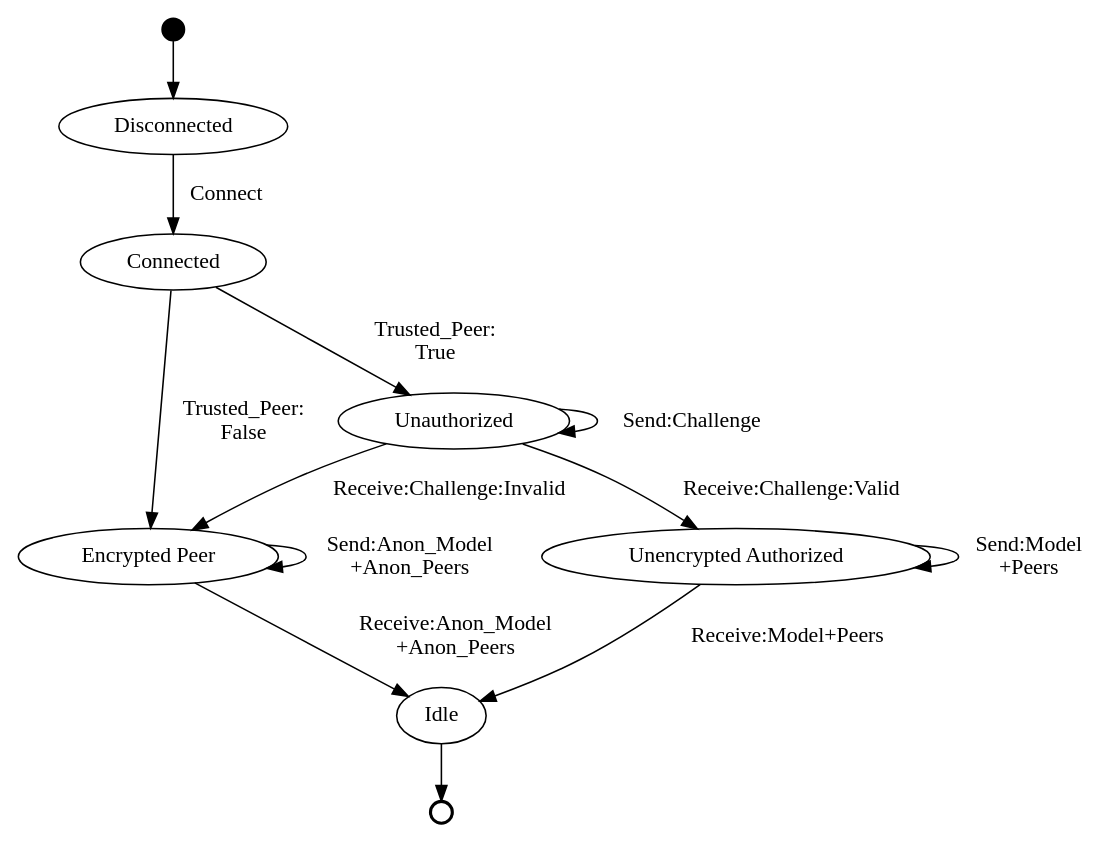
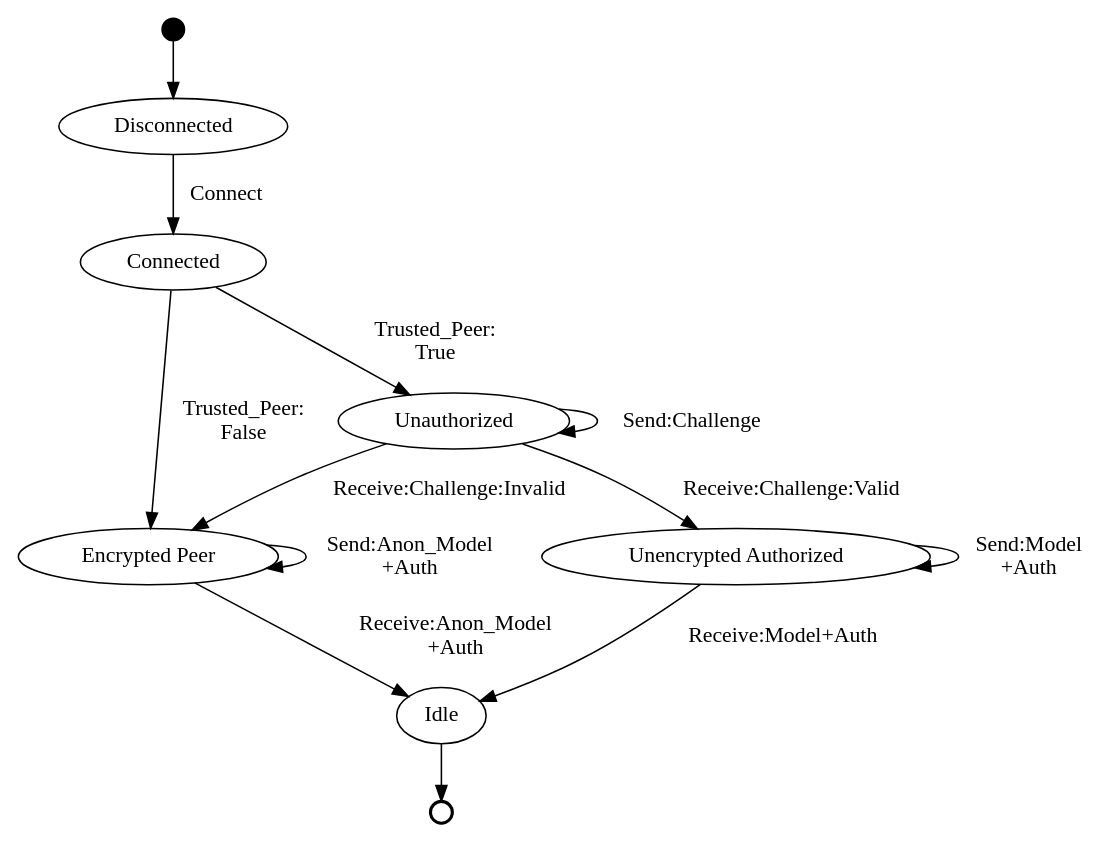
The diagram in graph/sm_peer_communications.dot (xamino/master_thesis), drawn with Graphviz before and after one commit. The commit also changed 1 other file, not shown here.

Commit message:
arch: fixed conn graph

```diff
--- a/graph/sm_peer_communications.dot
+++ b/graph/sm_peer_communications.dot
@@ -1,24 +1,24 @@
 digraph statemachine {
     // label
     start [shape="point" width="0.2"];
     a [label="Disconnected"];
     conn [label="Connected"];
     epeer [label="Encrypted Peer"];
     c [label="Unauthorized"];
     d [label="Unencrypted Authorized"];
     idle [label="Idle"];
     end [shape="circle" width="0.2" style="bold" label=""];
     // define
     start -> a;
     a -> conn [label=" Connect "];
     conn -> c [label=" Trusted_Peer:\nTrue "];
     c -> c [label=" Send:Challenge "];
     c -> d [label=" Receive:Challenge:Valid "];
     c -> epeer [label=" Receive:Challenge:Invalid "];
-    d -> d [label=" Send:Model\n+Peers "];
-    d -> idle [label=" Receive:Model+Peers "];
+    d -> d [label=" Send:Model\n+Auth "];
+    d -> idle [label=" Receive:Model+Auth "];
     conn -> epeer [label=" Trusted_Peer:\nFalse "];
-    epeer -> epeer [label=" Send:Anon_Model\n+Anon_Peers "];
-    epeer -> idle [label=" Receive:Anon_Model\n+Anon_Peers "];
+    epeer -> epeer [label=" Send:Anon_Model\n+Auth "];
+    epeer -> idle [label=" Receive:Anon_Model\n+Auth "];
     idle -> end;
 }
```
